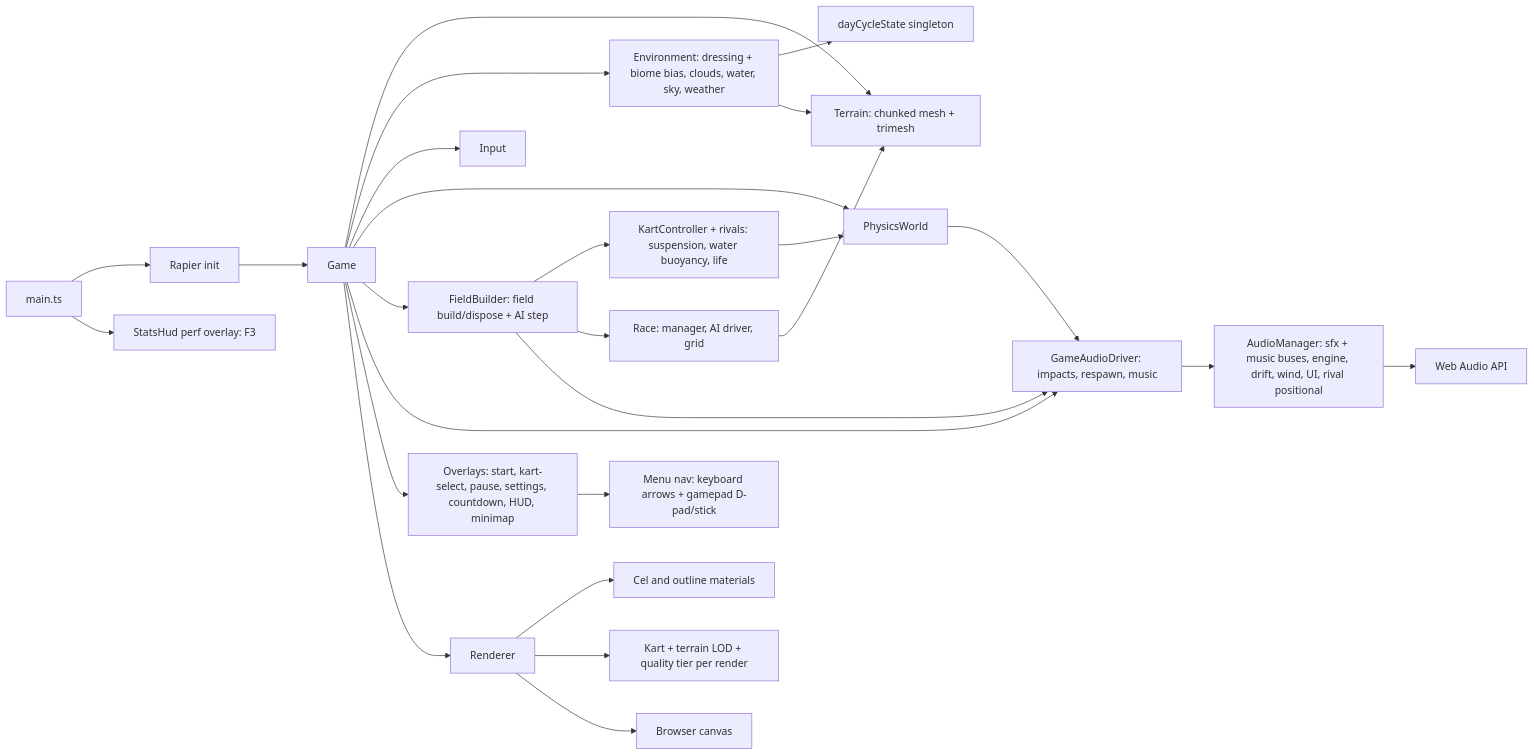
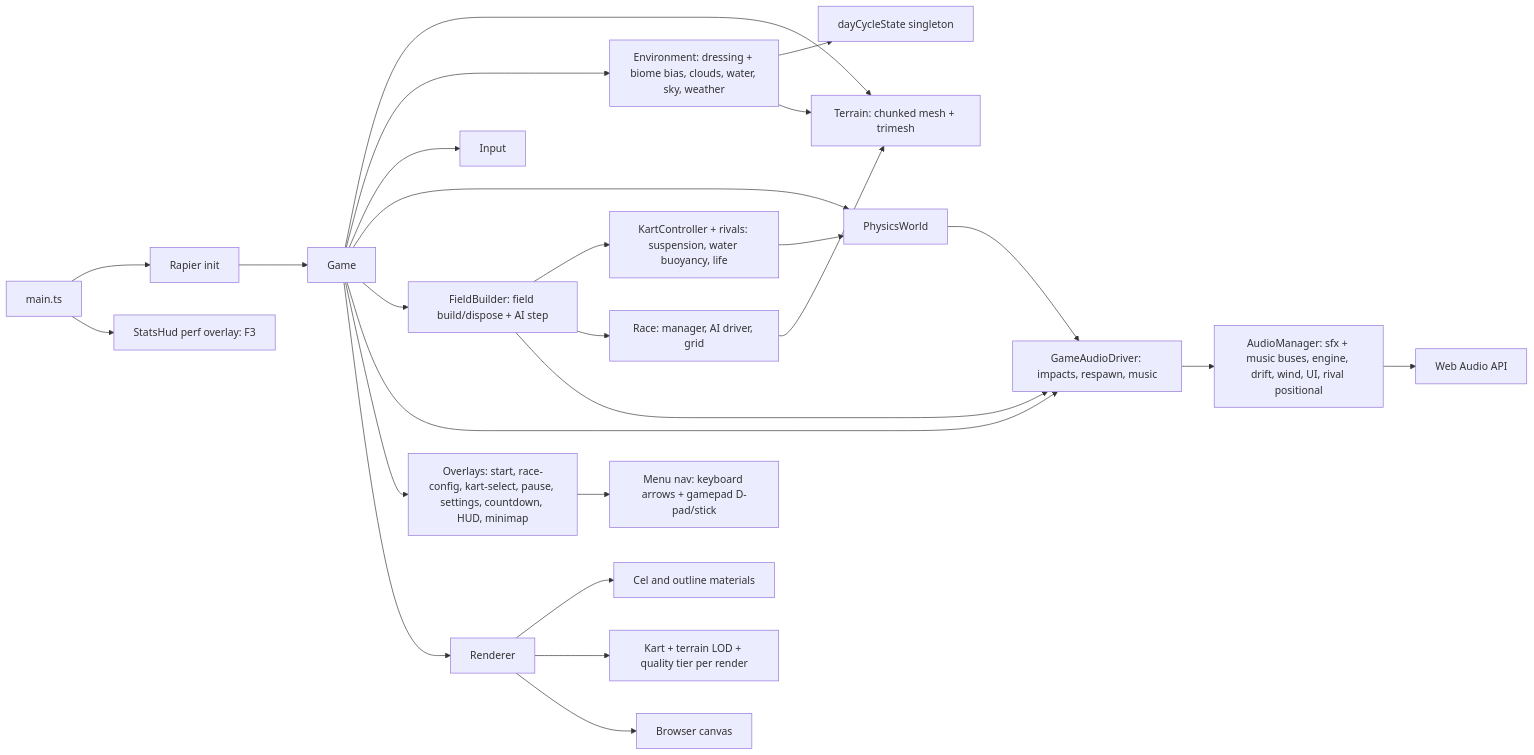
The diagram in AGENTS.md (jjgroenendijk/cart-game), drawn with Mermaid before and after one commit. The commit also changed other lines of this file and 21 other files, not shown here.

First line of the commit message:
042: Time-of-day Race Setup (pre-race config + live sky preview) (#55)

````diff
--- a/AGENTS.md
+++ b/AGENTS.md
@@ -24,28 +24,28 @@
 ```mermaid
 flowchart LR
   main[main.ts] --> rapier[Rapier init]
   rapier --> game[Game]
   game --> terrain[Terrain: chunked mesh + trimesh]
   game --> env[Environment: dressing + biome bias, clouds, water, sky, weather]
   env --> dayCycle[dayCycleState singleton]
   env --> terrain
   game --> input[Input]
   game --> physics[PhysicsWorld]
   game --> field[FieldBuilder: field build/dispose + AI step]
   field --> kart[KartController + rivals: suspension, water buoyancy, life]
   field --> race[Race: manager, AI driver, grid]
   kart --> physics
   race --> terrain
   game --> gameAudio[GameAudioDriver: impacts, respawn, music]
   field --> gameAudio
   physics --> gameAudio
   gameAudio --> audio[AudioManager: sfx + music buses, engine, drift, wind, UI, rival positional]
   audio --> webaudio[Web Audio API]
-  game --> ui[Overlays: start, kart-select, pause, settings, countdown, HUD, minimap]
+  game --> ui[Overlays: start, race-config, kart-select, pause, settings, countdown, HUD, minimap]
   ui --> menuNav[Menu nav: keyboard arrows + gamepad D-pad/stick]
   game --> renderer[Renderer]
   renderer --> materials[Cel and outline materials]
   renderer --> lod[Kart + terrain LOD + quality tier per render]
   renderer --> canvas[Browser canvas]
   main --> statsHud[StatsHud perf overlay: F3]
 ```
````
